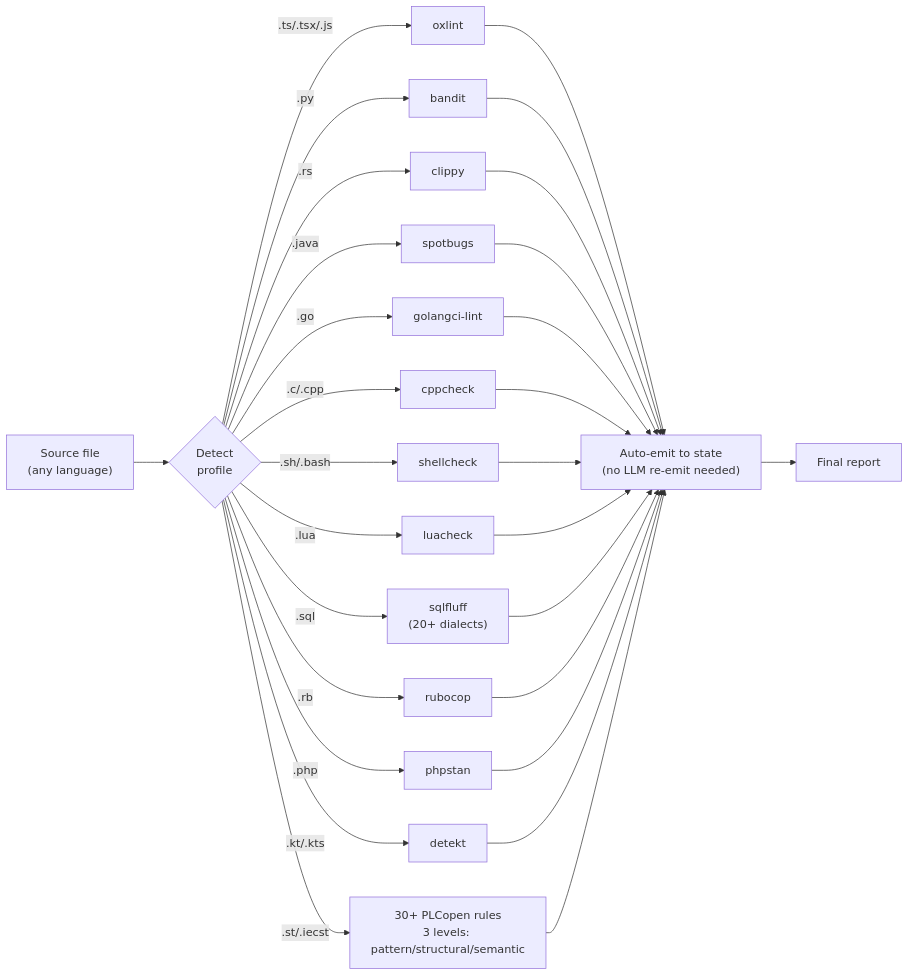
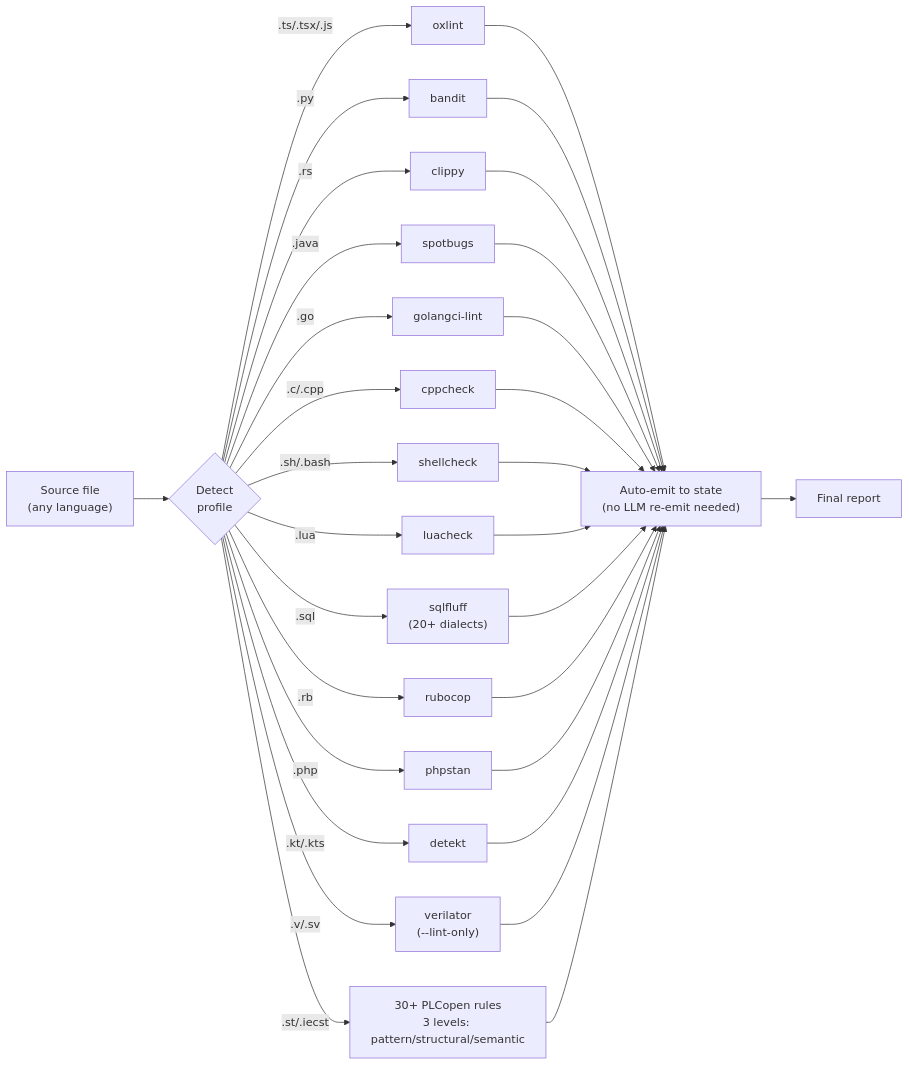
One commit to witold-andelie/revio changed the third of 15 diagrams in docs/ARCHITECTURE.md. Above: the diagram before and after it, drawn with Mermaid. The commit also changed other lines of this file and 12 other files, not shown here.

````diff
--- a/docs/ARCHITECTURE.md
+++ b/docs/ARCHITECTURE.md
@@ -178,34 +178,36 @@
 ```mermaid
 flowchart LR
     src["Source file<br/>(any language)"] --> dispatcher{Detect<br/>profile}
     
     dispatcher -->|.ts/.tsx/.js| oxlint["oxlint"]
     dispatcher -->|.py| bandit["bandit"]
     dispatcher -->|.rs| clippy["clippy"]
     dispatcher -->|.java| spotbugs["spotbugs"]
     dispatcher -->|.go| golangci["golangci-lint"]
     dispatcher -->|.c/.cpp| cppcheck["cppcheck"]
     dispatcher -->|.sh/.bash| shellcheck["shellcheck"]
     dispatcher -->|.lua| luacheck["luacheck"]
     dispatcher -->|.sql| sqlfluff["sqlfluff<br/>(20+ dialects)"]
     dispatcher -->|.rb| rubocop["rubocop"]
     dispatcher -->|.php| phpstan["phpstan"]
     dispatcher -->|.kt/.kts| detekt["detekt"]
+    dispatcher -->|.v/.sv| verilator["verilator<br/>(--lint-only)"]
     dispatcher -->|.st/.iecst| plc["30+ PLCopen rules<br/>3 levels: pattern/structural/semantic"]
     
     oxlint --> autoEmit["Auto-emit to state<br/>(no LLM re-emit needed)"]
     bandit --> autoEmit
     clippy --> autoEmit
     spotbugs --> autoEmit
     golangci --> autoEmit
     cppcheck --> autoEmit
     shellcheck --> autoEmit
     luacheck --> autoEmit
     sqlfluff --> autoEmit
     rubocop --> autoEmit
     phpstan --> autoEmit
     detekt --> autoEmit
+    verilator --> autoEmit
     plc --> autoEmit
     
     autoEmit --> agentReport["Final report"]
 ```
````
